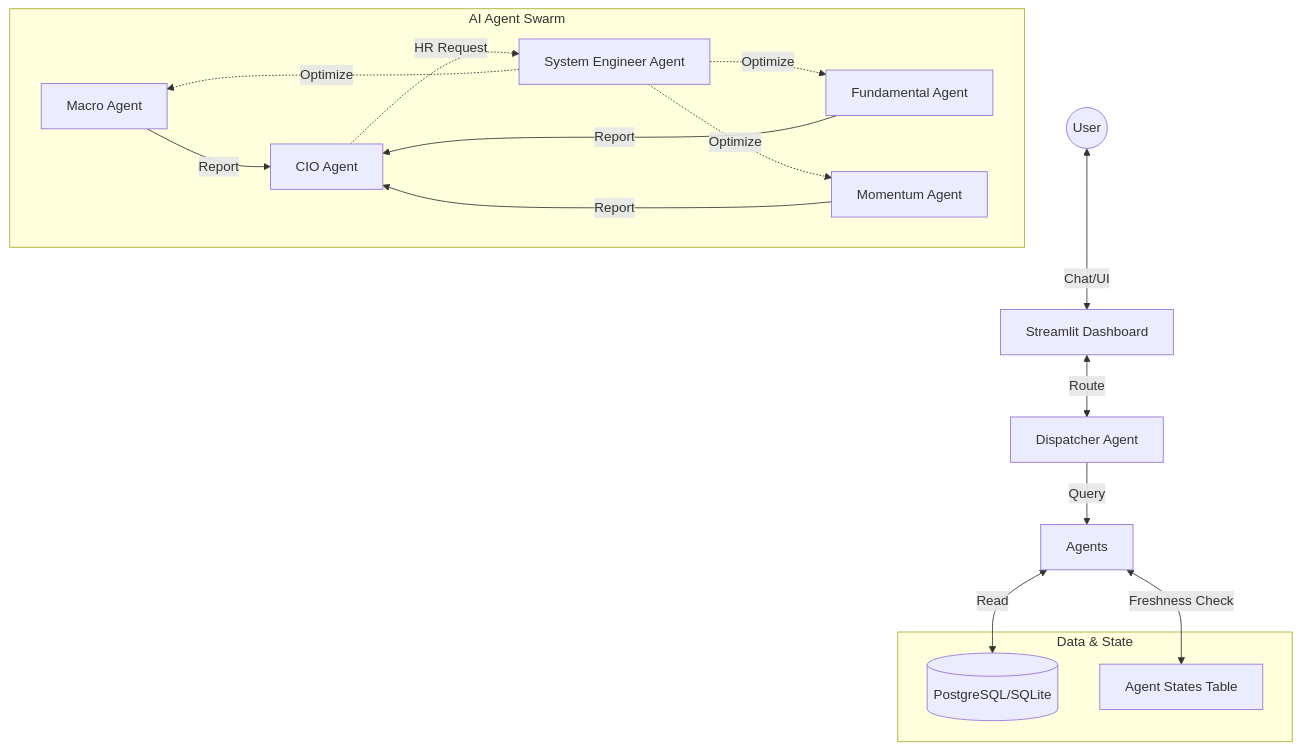
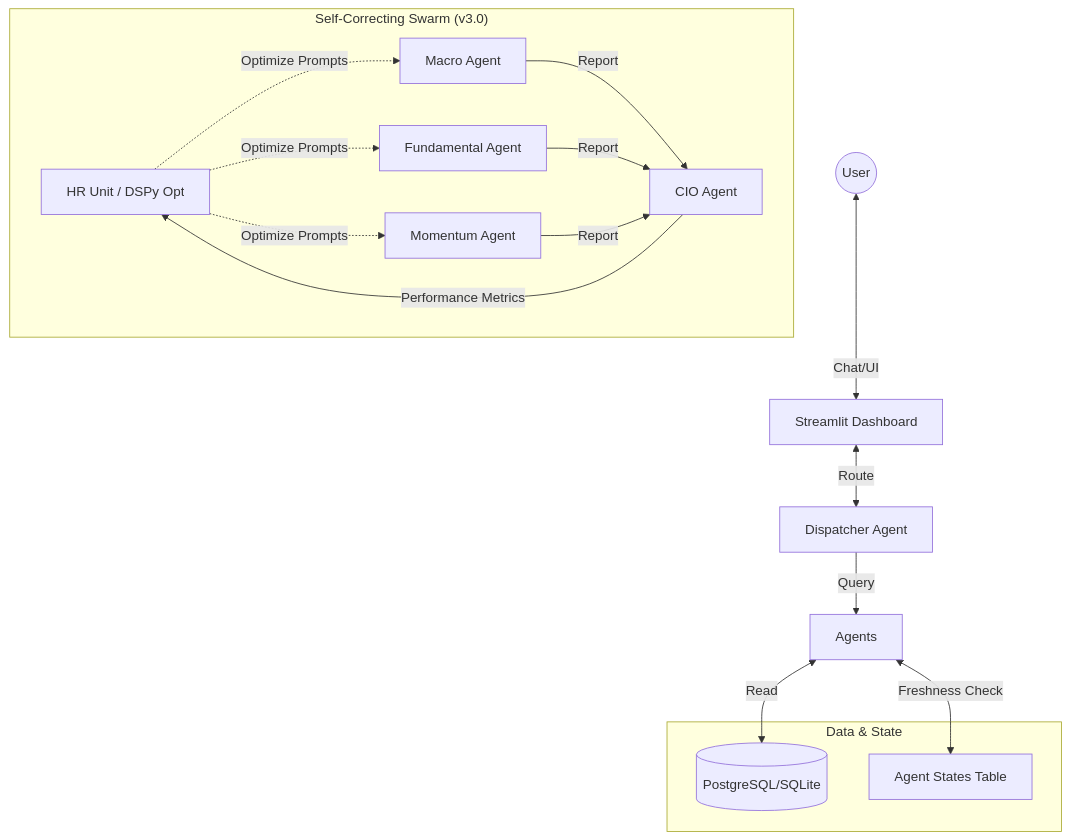
One commit to neohsiung/AI-Investment-Advisor changed the diagram in README.md. Above: the diagram before and after it, drawn with Mermaid. The commit also changed other lines of this file, not shown here.

````diff
--- a/README.md
+++ b/README.md
@@ -34,29 +38,27 @@
 ```mermaid
 graph TD
     User((User)) <-->|Chat/UI| DASH[Streamlit Dashboard]
     DASH <-->|Route| DISP[Dispatcher Agent]
     
     DISP -->|Query| Agents
     
-    subgraph AI Agent Swarm
+    subgraph "Self-Correcting Swarm (v3.0)"
+        HR[HR Unit / DSPy Opt]
         MA[Macro Agent]
         FA[Fundamental Agent]
         MO[Momentum Agent]
         CIO[CIO Agent]
         
-        MA -->|Report| CIO
-        FA -->|Report| CIO
-        MO -->|Report| CIO
-        
-        CIO -.->|HR Request| SEA[System Engineer Agent]
-        SEA -.->|Optimize| MA & FA & MO
+        MA & FA & MO -->|Report| CIO
+        CIO -->|Performance Metrics| HR
+        HR -.->|Optimize Prompts| MA & FA & MO
     end
 
     subgraph Data & State
         DB[(PostgreSQL/SQLite)]
         States[Agent States Table]
     end
 
     Agents <-->|Freshness Check| States
     Agents <-->|Read| DB
 ```
````
